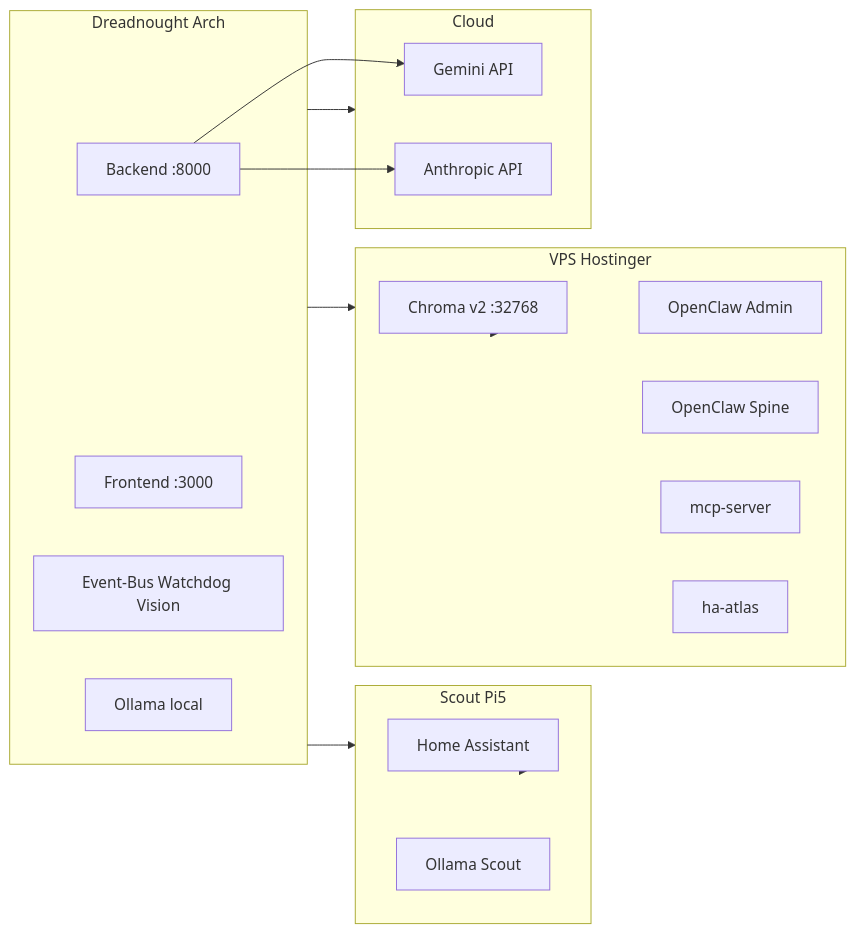
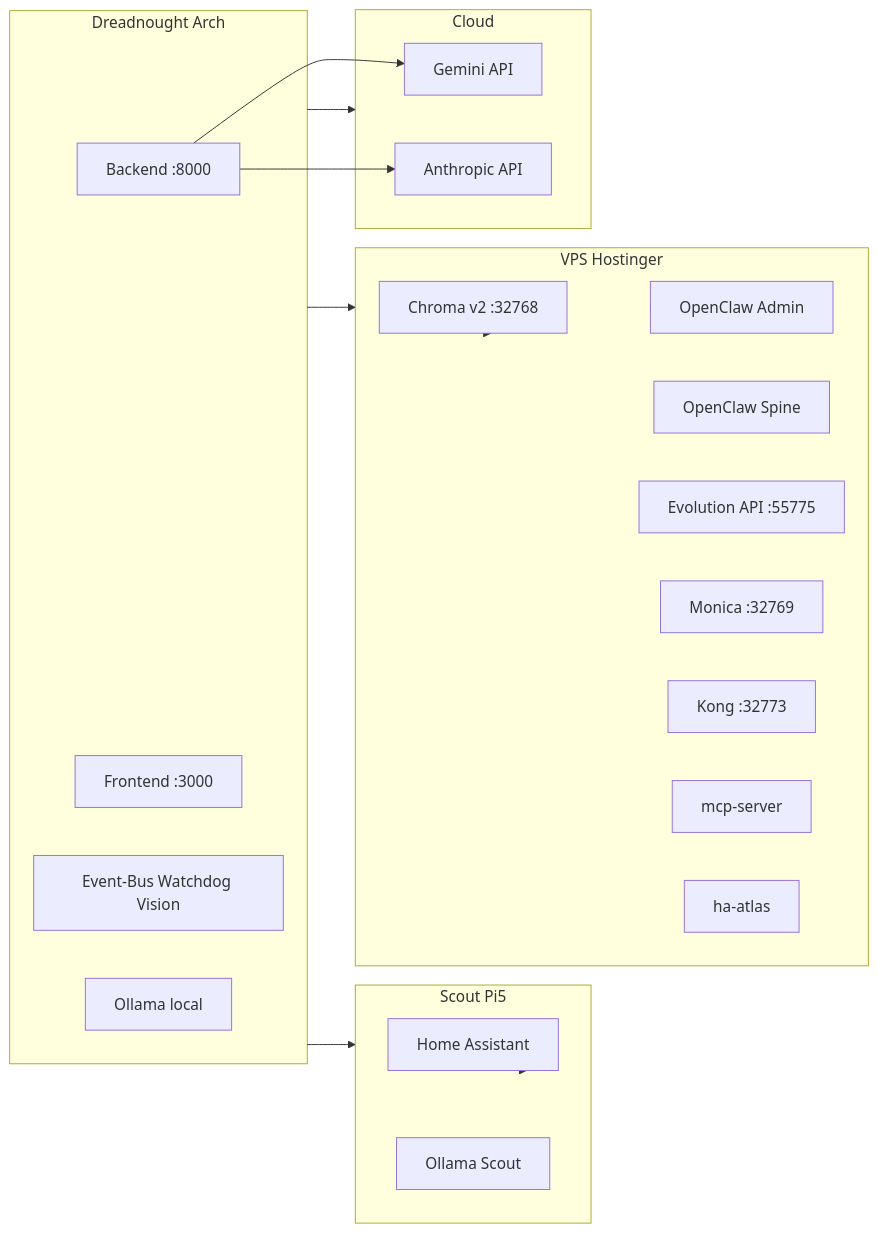
The diagram in docs/02_ARCHITECTURE/OMEGA_LINUX_ORCHESTRATION.md (Crow11111/CORE), drawn with Mermaid before and after one commit. The commit also changed other lines of this file and 5 other files, not shown here.

First line of the commit message:
docs/ops: VPS-Knoten (Monica, Kong, Evolution, DBs), Vollkreis-Plan, Push/Pull-Matrix

````diff
--- a/docs/02_ARCHITECTURE/OMEGA_LINUX_ORCHESTRATION.md
+++ b/docs/02_ARCHITECTURE/OMEGA_LINUX_ORCHESTRATION.md
@@ -11,32 +11,35 @@
 ```mermaid
 flowchart LR
   subgraph Dreadnought [Dreadnought Arch]
     Backend[Backend :8000]
     Frontend[Frontend :3000]
     Daemons[Event-Bus Watchdog Vision]
     OllamaLocal[Ollama local]
   end
   subgraph Scout [Scout Pi5]
     HA[Home Assistant]
     OllamaScout[Ollama Scout]
   end
   subgraph VPS [VPS Hostinger]
     Chroma[Chroma v2 :32768]
     OC_Admin[OpenClaw Admin]
     OC_Spine[OpenClaw Spine]
+    Evolution[Evolution API :55775]
+    Monica[Monica :32769]
+    Kong[Kong :32773]
     MCP[mcp-server]
     HA_Atlas[ha-atlas]
   end
   subgraph Cloud [Cloud]
     Gemini[Gemini API]
     Anthropic[Anthropic API]
   end
   Dreadnought --> Scout
   Dreadnought --> VPS
   Dreadnought --> Cloud
   Scout --> HA
   VPS --> Chroma
   VPS --> OC_Admin
   Backend --> Gemini
   Backend --> Anthropic
 ```
````
